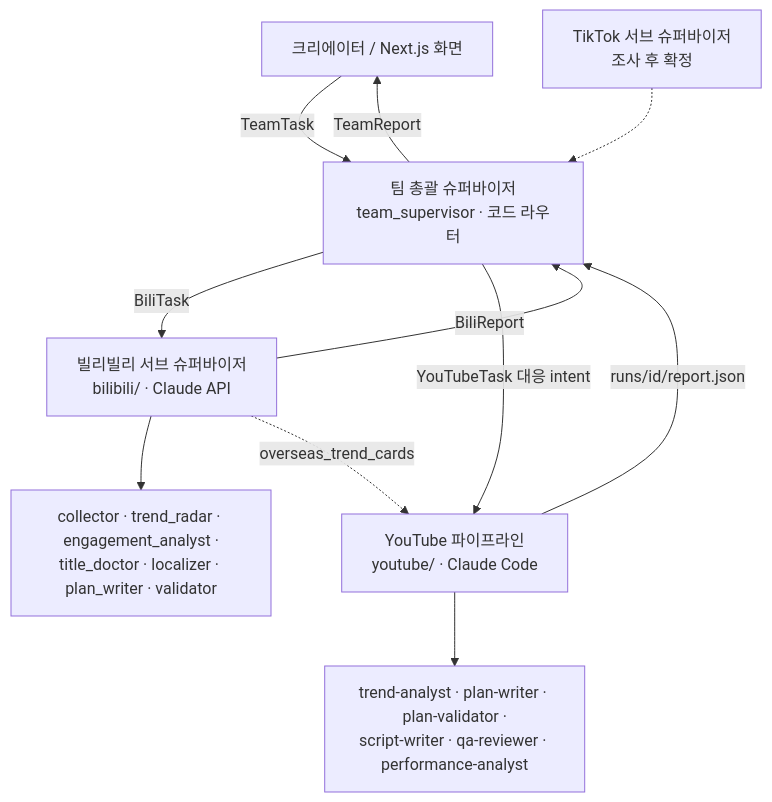
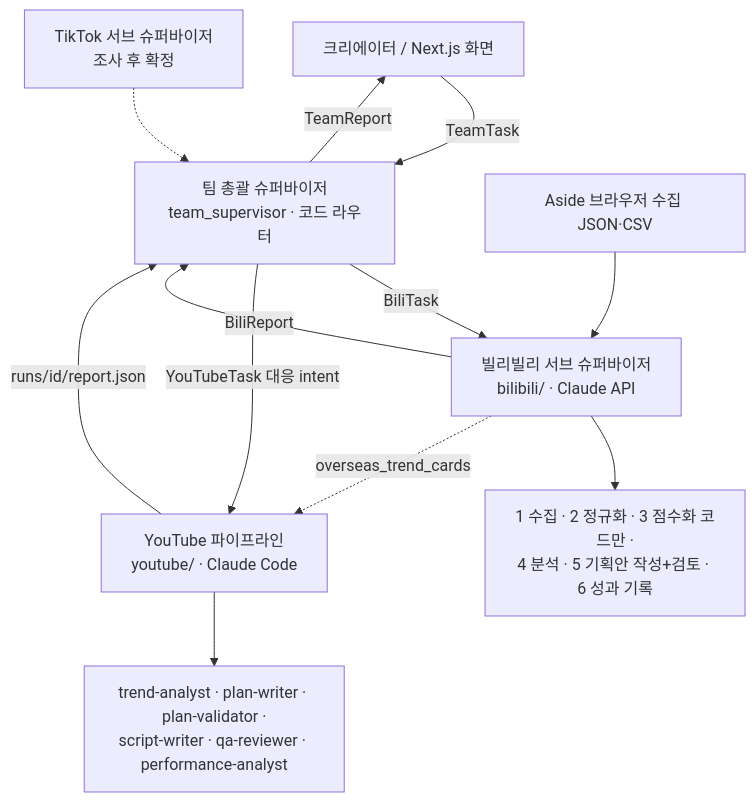
Before and after one commit to Garyklay28/game-inspiration-platform: the diagram in docs/architecture.md, drawn with Mermaid. The commit also changed 3 other files, not shown here.

````diff
--- a/docs/architecture.md
+++ b/docs/architecture.md
@@ -5,13 +5,14 @@
 ```mermaid
 flowchart TD
     U[크리에이터 / Next.js 화면] -->|TeamTask| TS[팀 총괄 슈퍼바이저<br/>team_supervisor · 코드 라우터]
     TS -->|BiliTask| BS[빌리빌리 서브 슈퍼바이저<br/>bilibili/ · Claude API]
     TS -->|YouTubeTask 대응 intent| YT[YouTube 파이프라인<br/>youtube/ · Claude Code]
-    BS --> BW[collector · trend_radar · engagement_analyst ·<br/>title_doctor · localizer · plan_writer · validator]
+    BS --> BW["1 수집 · 2 정규화 · 3 점수화 코드만 ·<br/>4 분석 · 5 기획안 작성+검토 · 6 성과 기록"]
+    ASIDE["Aside 브라우저 수집 JSON·CSV"] --> BS
     YT --> YW[trend-analyst · plan-writer · plan-validator ·<br/>script-writer · qa-reviewer · performance-analyst]
     BS -->|BiliReport| TS
     YT -->|runs/id/report.json| TS
     TS -->|TeamReport| U
     BS -. overseas_trend_cards .-> YT
     TP[TikTok 서브 슈퍼바이저<br/>조사 후 확정] -.-> TS
 ```
````
